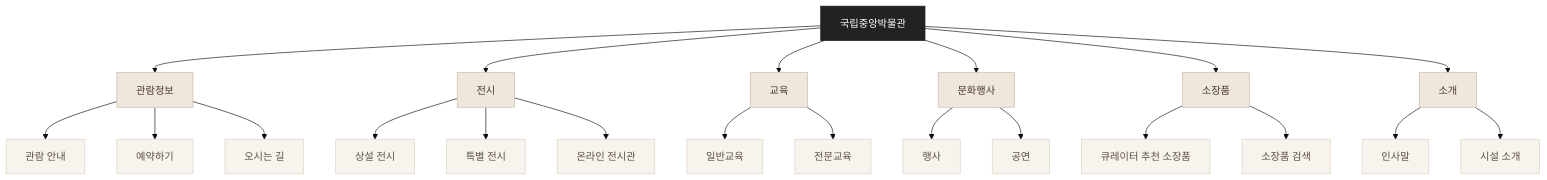
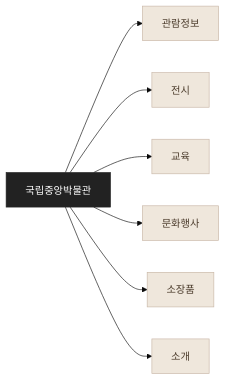
The first of 5 diagrams in README.md (hyunjaeha/redesign-project), drawn with Mermaid (base theme) before and after one commit.

Commit message:
README 수정

````diff
--- a/README.md
+++ b/README.md
@@ -55,39 +55,17 @@
 ```mermaid
-flowchart TD
+flowchart LR
     A[국립중앙박물관]
 
     A --> B[관람정보]
     A --> C[전시]
     A --> D[교육]
     A --> E[문화행사]
     A --> F[소장품]
     A --> G[소개]
 
-    B --> B1[관람 안내]
-    B --> B2[예약하기]
-    B --> B3[오시는 길]
-
-    C --> C1[상설 전시]
-    C --> C2[특별 전시]
-    C --> C3[온라인 전시관]
-
-    D --> D1[일반교육]
-    D --> D2[전문교육]
-
-    E --> E1[행사]
-    E --> E2[공연]
-
-    F --> F1[큐레이터 추천 소장품]
-    F --> F2[소장품 검색]
-
-    G --> G1[인사말]
-    G --> G2[시설 소개]
-
     classDef root fill:#222222,color:#ffffff,stroke:#222222;
     classDef menu fill:#EFE7DC,color:#4A3A2A,stroke:#C8B6A6;
-    classDef detail fill:#F7F3ED,color:#5C5046,stroke:#DED1C3;
 
     class A root;
     class B,C,D,E,F,G menu;
-    class B1,B2,B3,C1,C2,C3,D1,D2,E1,E2,F1,F2,G1,G2 detail;
 ```
````
